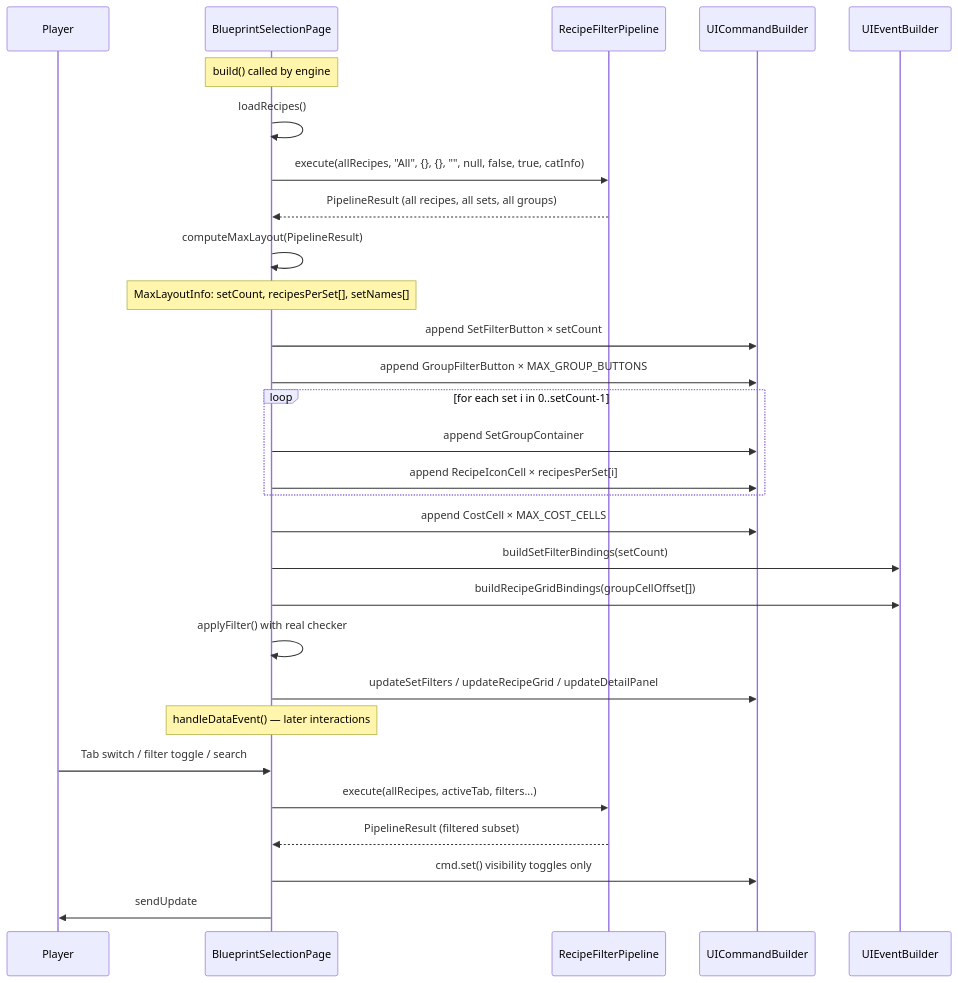
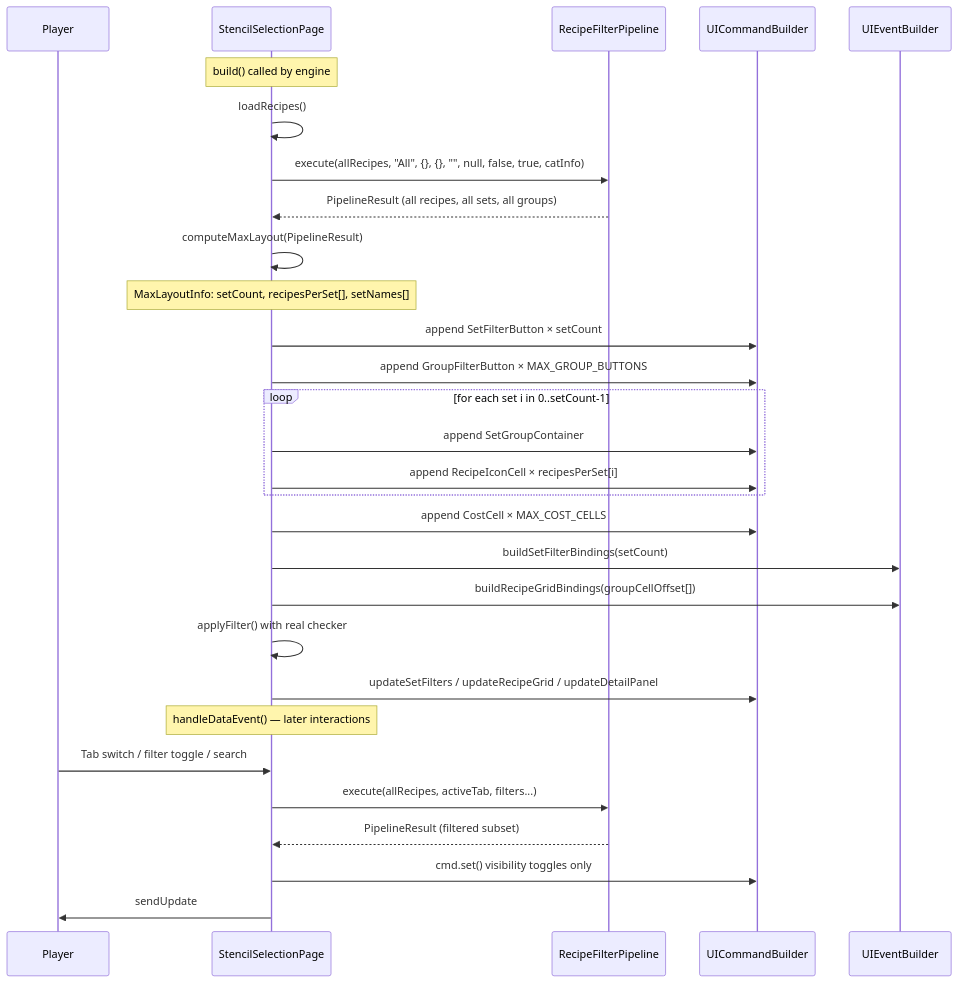
The third of 4 diagrams in docs/design-data-driven-grid-init.md (TheCodeCreature/Hytale-Example-Plugin), drawn with Mermaid before and after one commit. The commit also changed other lines of this file and 289 other files, not shown here.

````diff
--- a/docs/design-data-driven-grid-init.md
+++ b/docs/design-data-driven-grid-init.md
@@ -86,35 +86,35 @@
 ```mermaid
 sequenceDiagram
     participant P as Player
-    participant BSP as BlueprintSelectionPage
+    participant BSP as StencilSelectionPage
     participant RFP as RecipeFilterPipeline
     participant CMD as UICommandBuilder
     participant EVT as UIEventBuilder
 
     Note over BSP: build() called by engine
     BSP->>BSP: loadRecipes()
     BSP->>RFP: execute(allRecipes, "All", {}, {}, "", null, false, true, catInfo)
     RFP-->>BSP: PipelineResult (all recipes, all sets, all groups)
     BSP->>BSP: computeMaxLayout(PipelineResult)
     Note over BSP: MaxLayoutInfo: setCount, recipesPerSet[], setNames[]
 
     BSP->>CMD: append SetFilterButton × setCount
     BSP->>CMD: append GroupFilterButton × MAX_GROUP_BUTTONS
     loop for each set i in 0..setCount-1
         BSP->>CMD: append SetGroupContainer
         BSP->>CMD: append RecipeIconCell × recipesPerSet[i]
     end
     BSP->>CMD: append CostCell × MAX_COST_CELLS
 
     BSP->>EVT: buildSetFilterBindings(setCount)
     BSP->>EVT: buildRecipeGridBindings(groupCellOffset[])
     BSP->>BSP: applyFilter() with real checker
     BSP->>CMD: updateSetFilters / updateRecipeGrid / updateDetailPanel
 
     Note over BSP: handleDataEvent() — later interactions
     P->>BSP: Tab switch / filter toggle / search
     BSP->>RFP: execute(allRecipes, activeTab, filters...)
     RFP-->>BSP: PipelineResult (filtered subset)
     BSP->>CMD: cmd.set() visibility toggles only
     BSP->>P: sendUpdate
 ```
````
